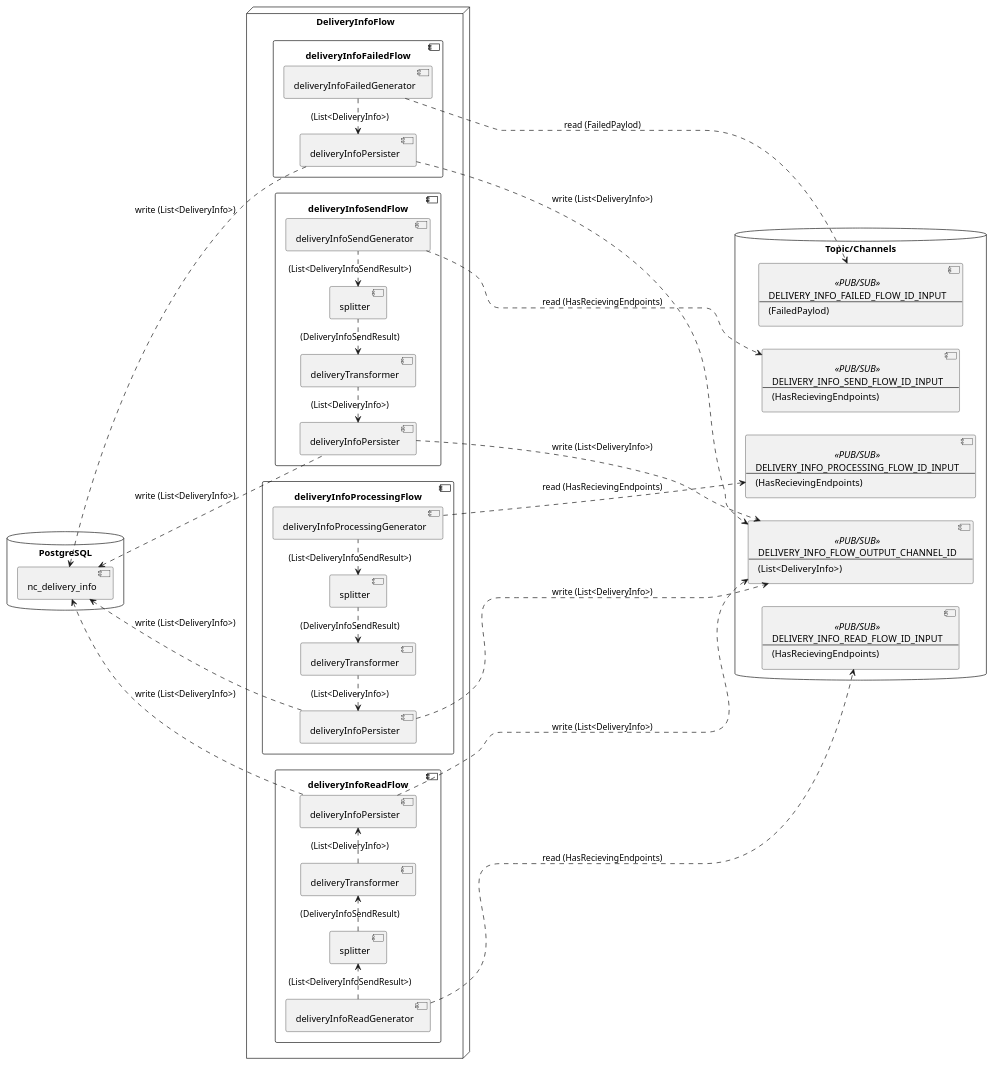
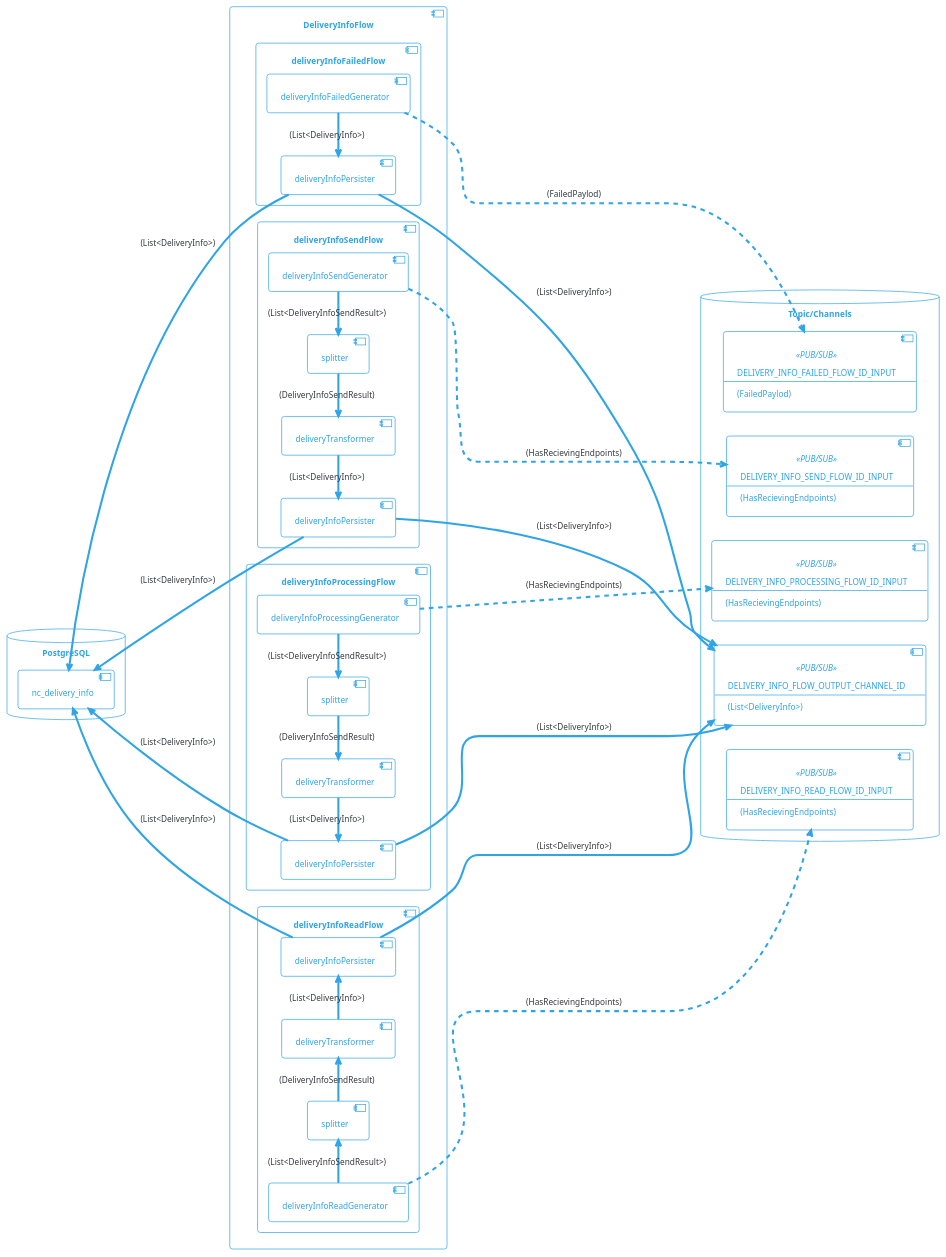
Before and after one commit to com-obj/notiflow: the diagram in diagrams/delivery-info-flow.puml, drawn with PlantUML. The commit also changed 5 other files, not shown here.

Commit message:
update diagrams

```diff
--- a/diagrams/delivery-info-flow.puml
+++ b/diagrams/delivery-info-flow.puml
@@ -1,107 +1,109 @@
 @startuml
+
+!theme cerulean-outline
 
 left to right direction
 
 skinparam component {
     backgroundColor<<user defined>> LightGray
 }
 
 
 
 database "PostgreSQL" {
     [nc_delivery_info]
 }
 
 database "Topic/Channels" {
     component DELIVERY_INFO_PROCESSING_FLOW_ID_INPUT<<PUB/SUB>>  [
         DELIVERY_INFO_PROCESSING_FLOW_ID_INPUT
         --
         (HasRecievingEndpoints)
     ]
     component DELIVERY_INFO_SEND_FLOW_ID_INPUT<<PUB/SUB>>  [
         DELIVERY_INFO_SEND_FLOW_ID_INPUT
         --
         (HasRecievingEndpoints)
     ]
     component DELIVERY_INFO_READ_FLOW_ID_INPUT<<PUB/SUB>>  [
         DELIVERY_INFO_READ_FLOW_ID_INPUT
         --
         (HasRecievingEndpoints)
     ]
     component DELIVERY_INFO_FAILED_FLOW_ID_INPUT<<PUB/SUB>> [
         DELIVERY_INFO_FAILED_FLOW_ID_INPUT
         --
         (FailedPaylod)
     ]
 
     component DELIVERY_INFO_FLOW_OUTPUT_CHANNEL_ID<<PUB/SUB>> [
         DELIVERY_INFO_FLOW_OUTPUT_CHANNEL_ID
         --
         (List<DeliveryInfo>)
     ]
     
 }
 
-node "DeliveryInfoFlow" {
+component "DeliveryInfoFlow" {
     component deliveryInfoFailedFlow {        
         [deliveryInfoFailedGenerator]
         [deliveryInfoPersister] as dip_failed
 
-        deliveryInfoFailedGenerator .> dip_failed: (List<DeliveryInfo>)
+        deliveryInfoFailedGenerator -> dip_failed: (List<DeliveryInfo>)
 
-        deliveryInfoFailedGenerator ..> DELIVERY_INFO_FAILED_FLOW_ID_INPUT: read (FailedPaylod)
-        dip_failed .....> DELIVERY_INFO_FLOW_OUTPUT_CHANNEL_ID: write (List<DeliveryInfo>)
+        deliveryInfoFailedGenerator ..> DELIVERY_INFO_FAILED_FLOW_ID_INPUT: (FailedPaylod)
+        dip_failed -----> DELIVERY_INFO_FLOW_OUTPUT_CHANNEL_ID: (List<DeliveryInfo>)
 
-        dip_failed .u.> nc_delivery_info: write (List<DeliveryInfo>)
+        dip_failed -u-> nc_delivery_info: (List<DeliveryInfo>)
     }
 
     component deliveryInfoSendFlow {
         [deliveryInfoSendGenerator]
         [splitter] as dips_send
         [deliveryTransformer] as dt_send
         [deliveryInfoPersister] as dip_send
 
-        deliveryInfoSendGenerator .l.> dips_send: (List<DeliveryInfoSendResult>)
-        dips_send .l.> dt_send: (DeliveryInfoSendResult)
-        dt_send .l.> dip_send: (List<DeliveryInfo>)
+        deliveryInfoSendGenerator -l-> dips_send: (List<DeliveryInfoSendResult>)
+        dips_send -l-> dt_send: (DeliveryInfoSendResult)
+        dt_send -l-> dip_send: (List<DeliveryInfo>)
 
-        deliveryInfoSendGenerator ..> DELIVERY_INFO_SEND_FLOW_ID_INPUT: read (HasRecievingEndpoints)
-        dip_send .....> DELIVERY_INFO_FLOW_OUTPUT_CHANNEL_ID: write (List<DeliveryInfo>)
+        deliveryInfoSendGenerator ..> DELIVERY_INFO_SEND_FLOW_ID_INPUT: (HasRecievingEndpoints)
+        dip_send -----> DELIVERY_INFO_FLOW_OUTPUT_CHANNEL_ID: (List<DeliveryInfo>)
     
-        dip_send .u.> nc_delivery_info: write (List<DeliveryInfo>)
+        dip_send -u-> nc_delivery_info: (List<DeliveryInfo>)
     }
 
     component deliveryInfoProcessingFlow {
         [deliveryInfoProcessingGenerator]
         [splitter] as dips_processing
         [deliveryTransformer] as dt_processing
         [deliveryInfoPersister] as dip_processing
 
-        deliveryInfoProcessingGenerator .l.> dips_processing: (List<DeliveryInfoSendResult>)
-        dips_processing .l.> dt_processing: (DeliveryInfoSendResult)
-        dt_processing .l.> dip_processing: (List<DeliveryInfo>)
+        deliveryInfoProcessingGenerator -l-> dips_processing: (List<DeliveryInfoSendResult>)
+        dips_processing -l-> dt_processing: (DeliveryInfoSendResult)
+        dt_processing -l-> dip_processing: (List<DeliveryInfo>)
 
-        deliveryInfoProcessingGenerator ..> DELIVERY_INFO_PROCESSING_FLOW_ID_INPUT: read (HasRecievingEndpoints)
-        dip_processing .....> DELIVERY_INFO_FLOW_OUTPUT_CHANNEL_ID: write (List<DeliveryInfo>)
+        deliveryInfoProcessingGenerator ..> DELIVERY_INFO_PROCESSING_FLOW_ID_INPUT: (HasRecievingEndpoints)
+        dip_processing -----> DELIVERY_INFO_FLOW_OUTPUT_CHANNEL_ID: (List<DeliveryInfo>)
     
-        dip_processing .u.> nc_delivery_info: write (List<DeliveryInfo>)
+        dip_processing -u-> nc_delivery_info: (List<DeliveryInfo>)
     }
 
     component deliveryInfoReadFlow {
         [deliveryInfoReadGenerator]
         [splitter] as dips_read
         [deliveryTransformer] as dt_read
         [deliveryInfoPersister] as dip_read
 
-        deliveryInfoReadGenerator .> dips_read: (List<DeliveryInfoSendResult>)
-        dips_read .> dt_read: (DeliveryInfoSendResult)
-        dt_read .> dip_read: (List<DeliveryInfo>)
+        deliveryInfoReadGenerator -> dips_read: (List<DeliveryInfoSendResult>)
+        dips_read -> dt_read: (DeliveryInfoSendResult)
+        dt_read -> dip_read: (List<DeliveryInfo>)
 
-        deliveryInfoReadGenerator ..> DELIVERY_INFO_READ_FLOW_ID_INPUT: read (HasRecievingEndpoints)
-        dip_read .....> DELIVERY_INFO_FLOW_OUTPUT_CHANNEL_ID: write (List<DeliveryInfo>)
+        deliveryInfoReadGenerator ..> DELIVERY_INFO_READ_FLOW_ID_INPUT: (HasRecievingEndpoints)
+        dip_read -----> DELIVERY_INFO_FLOW_OUTPUT_CHANNEL_ID: (List<DeliveryInfo>)
     
-        dip_read .u.> nc_delivery_info: write (List<DeliveryInfo>)
+        dip_read -u-> nc_delivery_info: (List<DeliveryInfo>)
     }
 }
 
 @enduml
```
